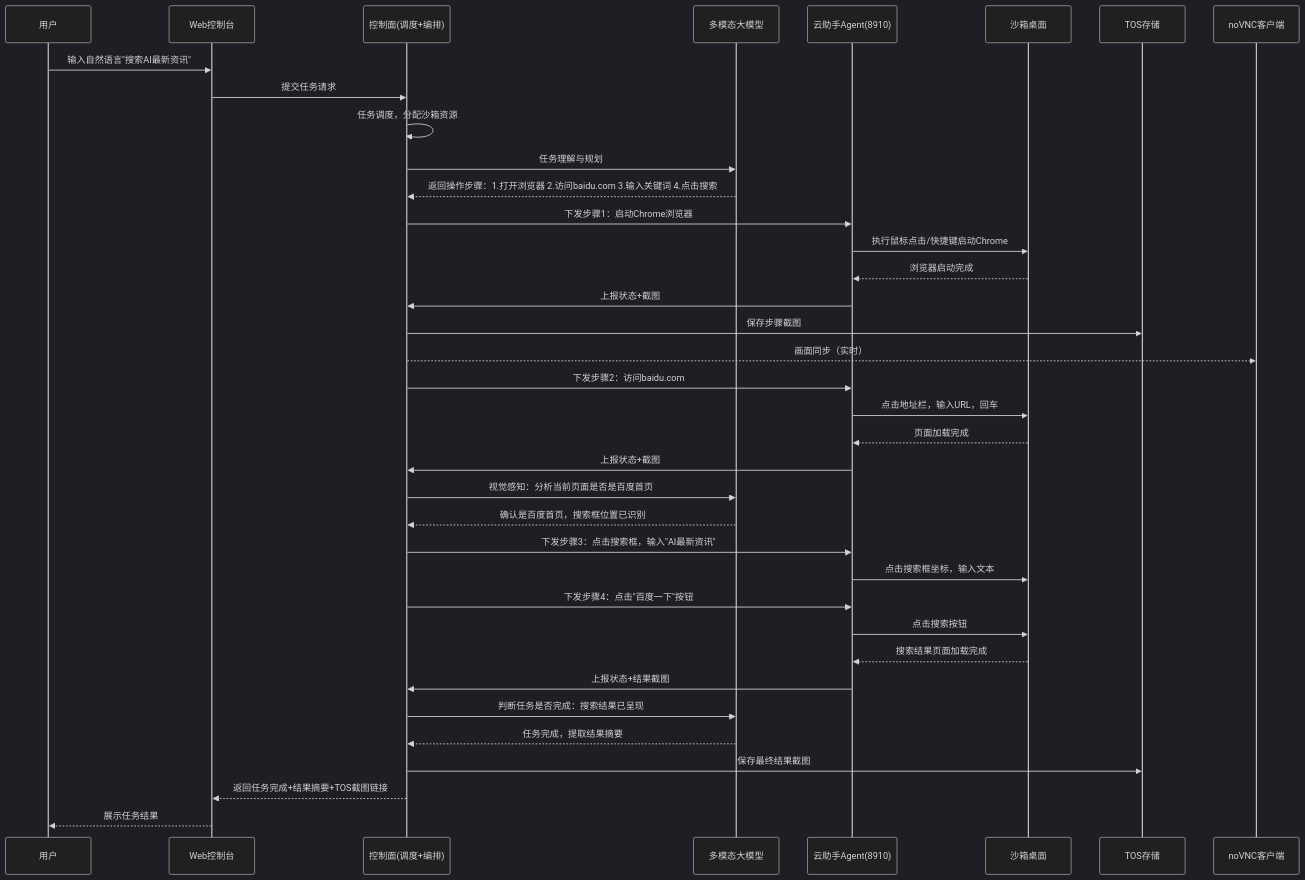
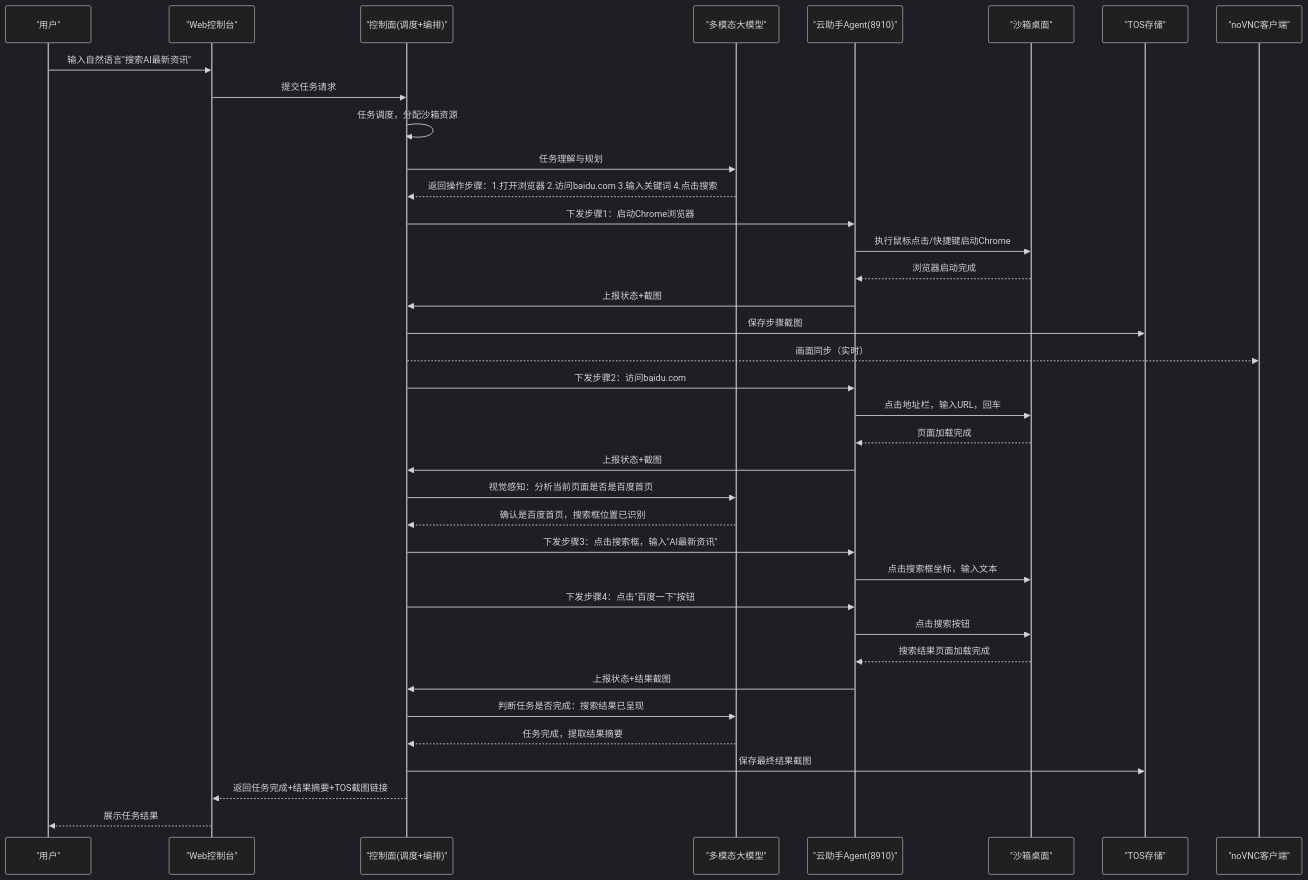
Before and after one commit to xinetzone/SpecWeave: the sixth of 7 diagrams in docs/knowledge/learning/07-vendor-product-learning/volcengine/volcengine-computer-use-agent-analysis.md, drawn with Mermaid (dark theme). The commit also changed other lines of this file and 75 other files, not shown here.

First line of the commit message:
fix(mermaid): 自动修复docs目录下67处Mermaid语法错误并更新私密报告引用路径

````diff
--- a/docs/knowledge/learning/07-vendor-product-learning/volcengine/volcengine-computer-use-agent-analysis.md
+++ b/docs/knowledge/learning/07-vendor-product-learning/volcengine/volcengine-computer-use-agent-analysis.md
@@ -754,42 +741,39 @@
 ```mermaid
 sequenceDiagram
-    participant User as 用户
-    participant Console as Web控制台
-    participant CP as 控制面(调度+编排)
-    participant LLM as 多模态大模型
-    participant Agent as 云助手Agent(8910)
-    participant Sandbox as 沙箱桌面
-    participant TOS as TOS存储
-    participant noVNC as noVNC客户端
-
+    participant User as "用户"
+    participant Console as "Web控制台"
+    participant CP as "控制面(调度+编排)"
+    participant LLM as "多模态大模型"
+    participant Agent as "云助手Agent(8910)"
+    participant Sandbox as "沙箱桌面"
+    participant TOS as "TOS存储"
+    participant noVNC as "noVNC客户端"
     User->>Console: 输入自然语言"搜索AI最新资讯"
     Console->>CP: 提交任务请求
     CP->>CP: 任务调度，分配沙箱资源
     CP->>LLM: 任务理解与规划
     LLM-->>CP: 返回操作步骤：1.打开浏览器 2.访问baidu.com 3.输入关键词 4.点击搜索
     CP->>Agent: 下发步骤1：启动Chrome浏览器
     Agent->>Sandbox: 执行鼠标点击/快捷键启动Chrome
     Sandbox-->>Agent: 浏览器启动完成
     Agent->>CP: 上报状态+截图
     CP->>TOS: 保存步骤截图
     CP-->>noVNC: 画面同步（实时）
-
     CP->>Agent: 下发步骤2：访问baidu.com
     Agent->>Sandbox: 点击地址栏，输入URL，回车
     Sandbox-->>Agent: 页面加载完成
     Agent->>CP: 上报状态+截图
     CP->>LLM: 视觉感知：分析当前页面是否是百度首页
     LLM-->>CP: 确认是百度首页，搜索框位置已识别
-
     CP->>Agent: 下发步骤3：点击搜索框，输入"AI最新资讯"
     Agent->>Sandbox: 点击搜索框坐标，输入文本
     CP->>Agent: 下发步骤4：点击"百度一下"按钮
     Agent->>Sandbox: 点击搜索按钮
     Sandbox-->>Agent: 搜索结果页面加载完成
     Agent->>CP: 上报状态+结果截图
     CP->>LLM: 判断任务是否完成：搜索结果已呈现
     LLM-->>CP: 任务完成，提取结果摘要
     CP->>TOS: 保存最终结果截图
     CP-->>Console: 返回任务完成+结果摘要+TOS截图链接
     Console-->>User: 展示任务结果
 ```
````
